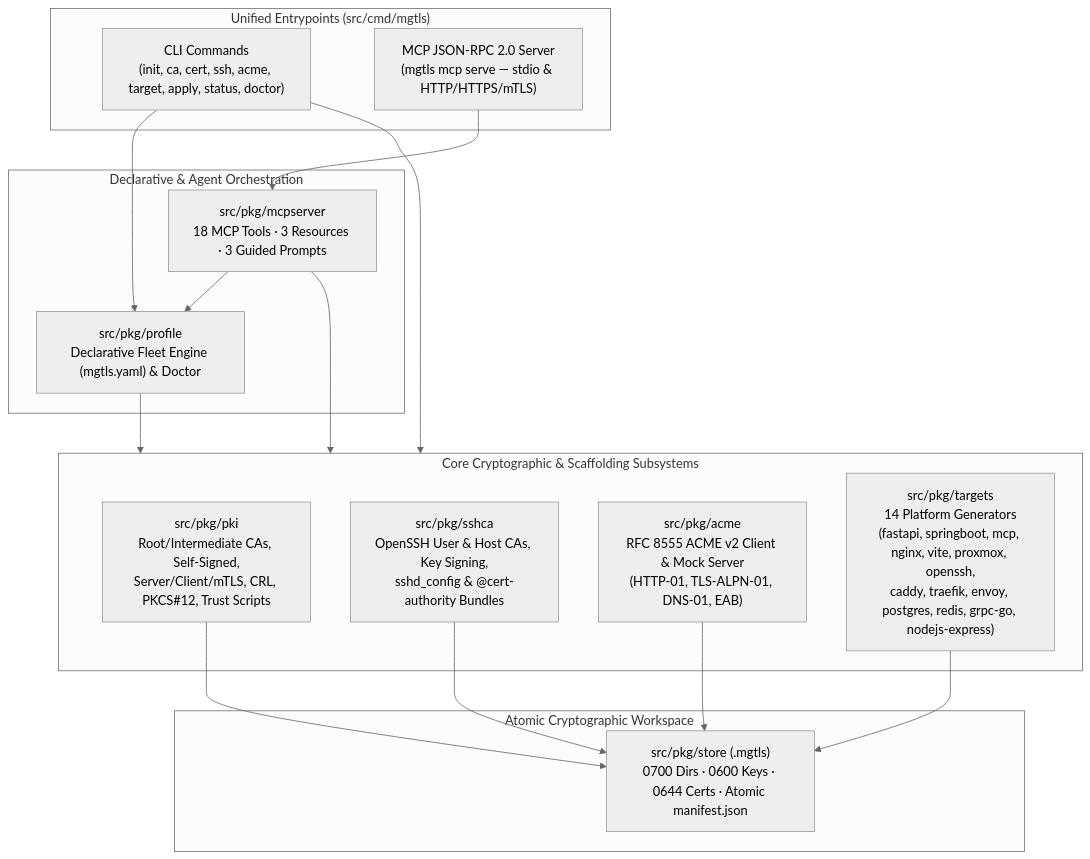
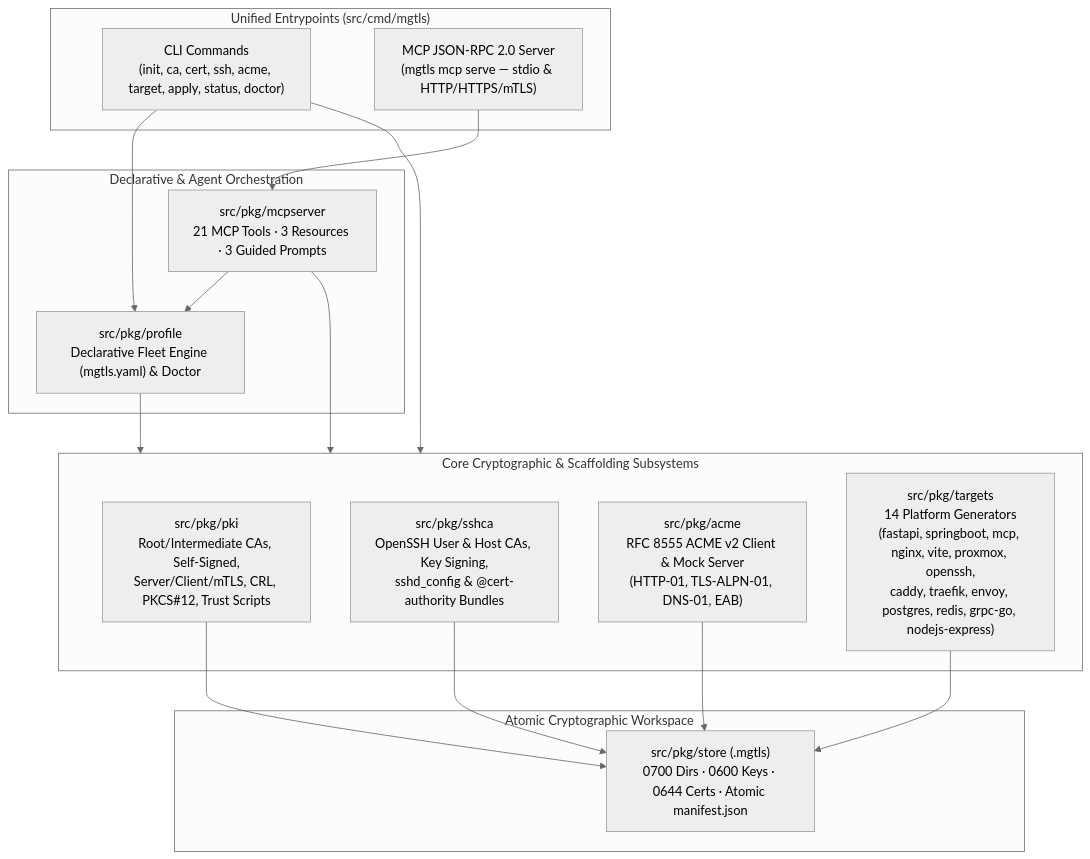
The diagram in README.md (bsommers/mgtls), drawn with Mermaid (neutral theme) before and after one commit. The commit also changed other lines of this file and 8 other files, not shown here.

````diff
--- a/README.md
+++ b/README.md
@@ -116,34 +116,34 @@
 ```mermaid
 flowchart TD
     subgraph Entrypoints["Unified Entrypoints (src/cmd/mgtls)"]
         CLI["CLI Commands\n(init, ca, cert, ssh, acme, target, apply, status, doctor)"]
         MCP["MCP JSON-RPC 2.0 Server\n(mgtls mcp serve — stdio & HTTP/HTTPS/mTLS)"]
     end
 
     subgraph Orchestration["Declarative & Agent Orchestration"]
         Profile["src/pkg/profile\nDeclarative Fleet Engine (mgtls.yaml) & Doctor"]
-        MCPServer["src/pkg/mcpserver\n18 MCP Tools · 3 Resources · 3 Guided Prompts"]
+        MCPServer["src/pkg/mcpserver\n21 MCP Tools · 3 Resources · 3 Guided Prompts"]
     end
 
     subgraph Subsystems["Core Cryptographic & Scaffolding Subsystems"]
         PKI["src/pkg/pki\nRoot/Intermediate CAs, Self-Signed,\nServer/Client/mTLS, CRL, PKCS#12, Trust Scripts"]
         SSHCA["src/pkg/sshca\nOpenSSH User & Host CAs, Key Signing,\nsshd_config & @cert-authority Bundles"]
         ACME["src/pkg/acme\nRFC 8555 ACME v2 Client & Mock Server\n(HTTP-01, TLS-ALPN-01, DNS-01, EAB)"]
         Targets["src/pkg/targets\n14 Platform Generators\n(fastapi, springboot, mcp, nginx, vite, proxmox, openssh,\ncaddy, traefik, envoy, postgres, redis, grpc-go, nodejs-express)"]
     end
 
     subgraph Storage["Atomic Cryptographic Workspace"]
         Store["src/pkg/store (.mgtls)\n0700 Dirs · 0600 Keys · 0644 Certs · Atomic manifest.json"]
     end
 
     CLI --> Profile
     CLI --> Subsystems
     MCP --> MCPServer
     MCPServer --> Profile
     MCPServer --> Subsystems
     Profile --> Subsystems
     PKI --> Store
     SSHCA --> Store
     ACME --> Store
     Targets --> Store
 ```
````
